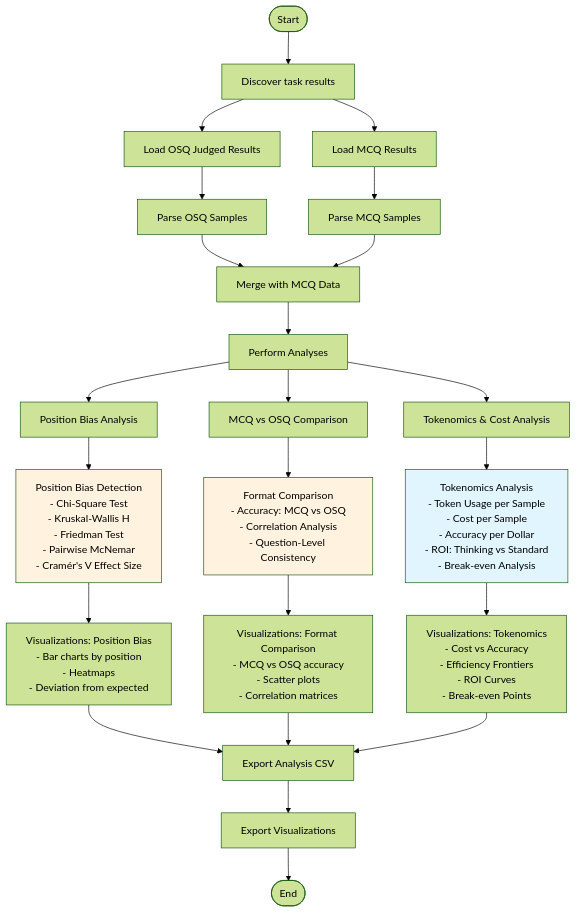
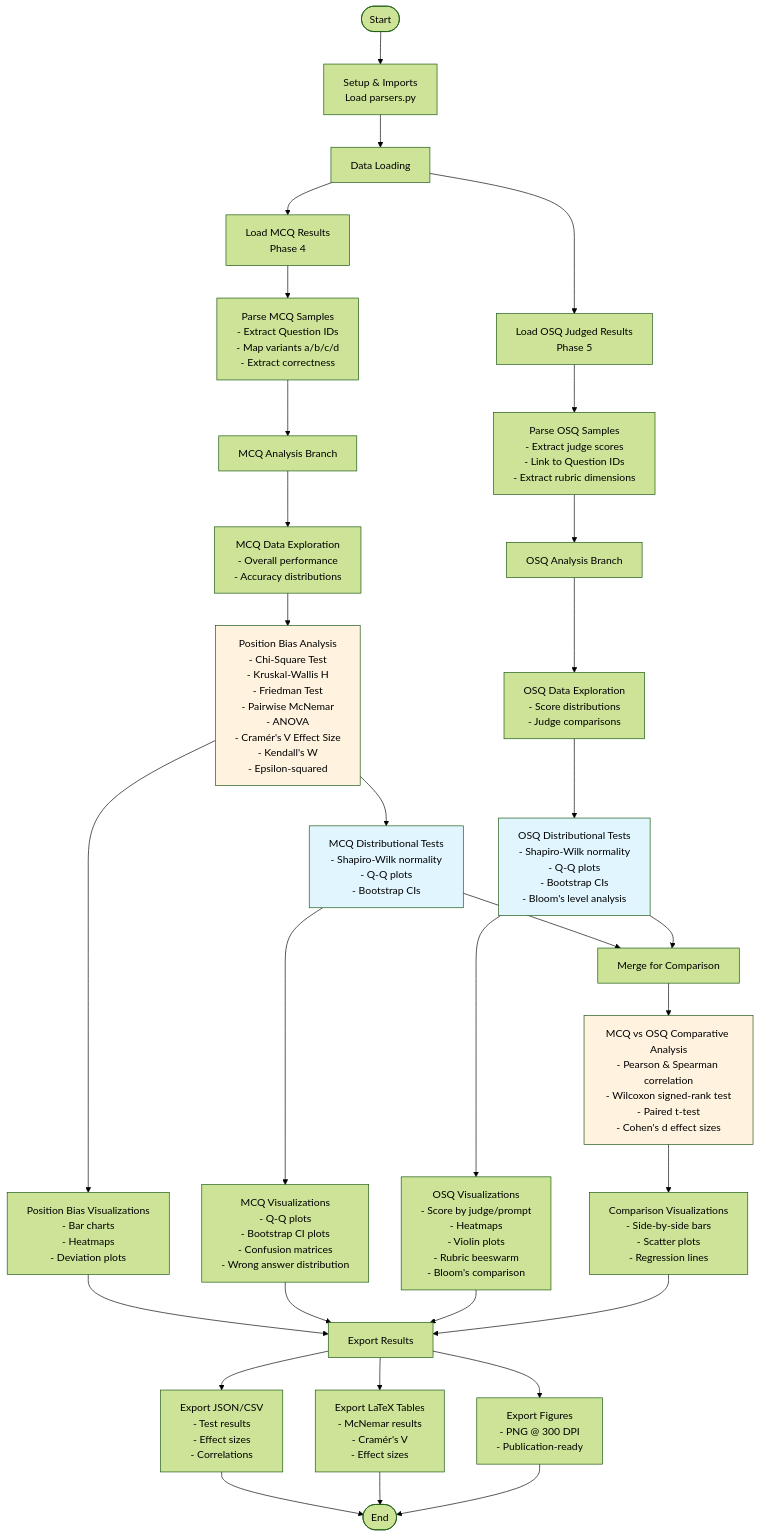
The diagram in src/phase6_analysis/README.md (ryan-a-bell/dissertation), drawn with Mermaid (forest theme) before and after one commit. The commit also changed other lines of this file, not shown here.

First line of the commit message:
Update phase6_analysis README with actual implementation details

````diff
--- a/src/phase6_analysis/README.md
+++ b/src/phase6_analysis/README.md
@@ -99,41 +160,56 @@
 ```mermaid
 flowchart TD
-    Start([Start]) --> Inventory[Discover task results]
+    Start([Start]) --> Setup[Setup & Imports<br/>Load parsers.py]
 
-    Inventory --> LoadMCQ[Load MCQ Results]
-    Inventory --> LoadOSQ[Load OSQ Judged Results]
+    Setup --> LoadData[Data Loading]
 
-    LoadMCQ --> ParseMCQ[Parse MCQ Samples]
-    LoadOSQ --> ParseOSQ[Parse OSQ Samples]
+    LoadData --> LoadMCQ[Load MCQ Results<br/>Phase 4]
+    LoadData --> LoadOSQ[Load OSQ Judged Results<br/>Phase 5]
 
-    ParseOSQ --> MergeOSQ[Merge with MCQ Data]
-    ParseMCQ --> MergeOSQ
+    LoadMCQ --> ParseMCQ[Parse MCQ Samples<br/>- Extract Question IDs<br/>- Map variants a/b/c/d<br/>- Extract correctness]
+    LoadOSQ --> ParseOSQ[Parse OSQ Samples<br/>- Extract judge scores<br/>- Link to Question IDs<br/>- Extract rubric dimensions]
 
-    MergeOSQ --> AnalysisBranch[Perform Analyses]
+    ParseMCQ --> MCQAnalysis[MCQ Analysis Branch]
+    ParseOSQ --> OSQAnalysis[OSQ Analysis Branch]
 
-    AnalysisBranch --> Analysis1[Position Bias Analysis]
-    AnalysisBranch --> Analysis2[MCQ vs OSQ Comparison]
-    AnalysisBranch --> Analysis3[Tokenomics & Cost Analysis]
+    MCQAnalysis --> MCQExplore[MCQ Data Exploration<br/>- Overall performance<br/>- Accuracy distributions]
 
-    Analysis1 --> PosBias[Position Bias Detection<br/>- Chi-Square Test<br/>- Kruskal-Wallis H<br/>- Friedman Test<br/>- Pairwise McNemar<br/>- Cramér's V Effect Size]
+    MCQExplore --> PosBias[Position Bias Analysis<br/>- Chi-Square Test<br/>- Kruskal-Wallis H<br/>- Friedman Test<br/>- Pairwise McNemar<br/>- ANOVA<br/>- Cramér's V Effect Size<br/>- Kendall's W<br/>- Epsilon-squared]
 
-    Analysis2 --> FormatComp[Format Comparison<br/>- Accuracy: MCQ vs OSQ<br/>- Correlation Analysis<br/>- Question-Level Consistency]
+    PosBias --> MCQDist[MCQ Distributional Tests<br/>- Shapiro-Wilk normality<br/>- Q-Q plots<br/>- Bootstrap CIs]
 
-    Analysis3 --> Tokenomics[Tokenomics Analysis<br/>- Token Usage per Sample<br/>- Cost per Sample<br/>- Accuracy per Dollar<br/>- ROI: Thinking vs Standard<br/>- Break-even Analysis]
+    OSQAnalysis --> OSQExplore[OSQ Data Exploration<br/>- Score distributions<br/>- Judge comparisons]
 
-    PosBias --> Viz1[Visualizations: Position Bias<br/>- Bar charts by position<br/>- Heatmaps<br/>- Deviation from expected]
-    FormatComp --> Viz2[Visualizations: Format Comparison<br/>- MCQ vs OSQ accuracy<br/>- Scatter plots<br/>- Correlation matrices]
-    Tokenomics --> Viz3[Visualizations: Tokenomics<br/>- Cost vs Accuracy<br/>- Efficiency Frontiers<br/>- ROI Curves<br/>- Break-even Points]
+    OSQExplore --> OSQDist[OSQ Distributional Tests<br/>- Shapiro-Wilk normality<br/>- Q-Q plots<br/>- Bootstrap CIs<br/>- Bloom's level analysis]
 
-    Viz1 --> ExportCSV[Export Analysis CSV]
-    Viz2 --> ExportCSV
-    Viz3 --> ExportCSV
+    MCQDist --> Merge[Merge for Comparison]
+    OSQDist --> Merge
 
-    ExportCSV --> ExportViz[Export Visualizations]
+    Merge --> Compare[MCQ vs OSQ Comparative Analysis<br/>- Pearson & Spearman correlation<br/>- Wilcoxon signed-rank test<br/>- Paired t-test<br/>- Cohen's d effect sizes]
 
-    ExportViz --> End([End])
+    PosBias --> VizPos[Position Bias Visualizations<br/>- Bar charts<br/>- Heatmaps<br/>- Deviation plots]
+
+    MCQDist --> VizMCQ[MCQ Visualizations<br/>- Q-Q plots<br/>- Bootstrap CI plots<br/>- Confusion matrices<br/>- Wrong answer distribution]
+
+    OSQDist --> VizOSQ[OSQ Visualizations<br/>- Score by judge/prompt<br/>- Heatmaps<br/>- Violin plots<br/>- Rubric beeswarm<br/>- Bloom's comparison]
+
+    Compare --> VizComp[Comparison Visualizations<br/>- Side-by-side bars<br/>- Scatter plots<br/>- Regression lines]
+
+    VizPos --> Export[Export Results]
+    VizMCQ --> Export
+    VizOSQ --> Export
+    VizComp --> Export
+
+    Export --> ExportJSON[Export JSON/CSV<br/>- Test results<br/>- Effect sizes<br/>- Correlations]
+    Export --> ExportTeX[Export LaTeX Tables<br/>- McNemar results<br/>- Cramér's V<br/>- Effect sizes]
+    Export --> ExportPNG[Export Figures<br/>- PNG @ 300 DPI<br/>- Publication-ready]
+
+    ExportJSON --> End([End])
+    ExportTeX --> End
+    ExportPNG --> End
 
     style PosBias fill:#fff3e0
-    style FormatComp fill:#fff3e0
-    style Tokenomics fill:#e1f5ff
+    style Compare fill:#fff3e0
+    style OSQDist fill:#e1f5ff
+    style MCQDist fill:#e1f5ff
 ```
````
